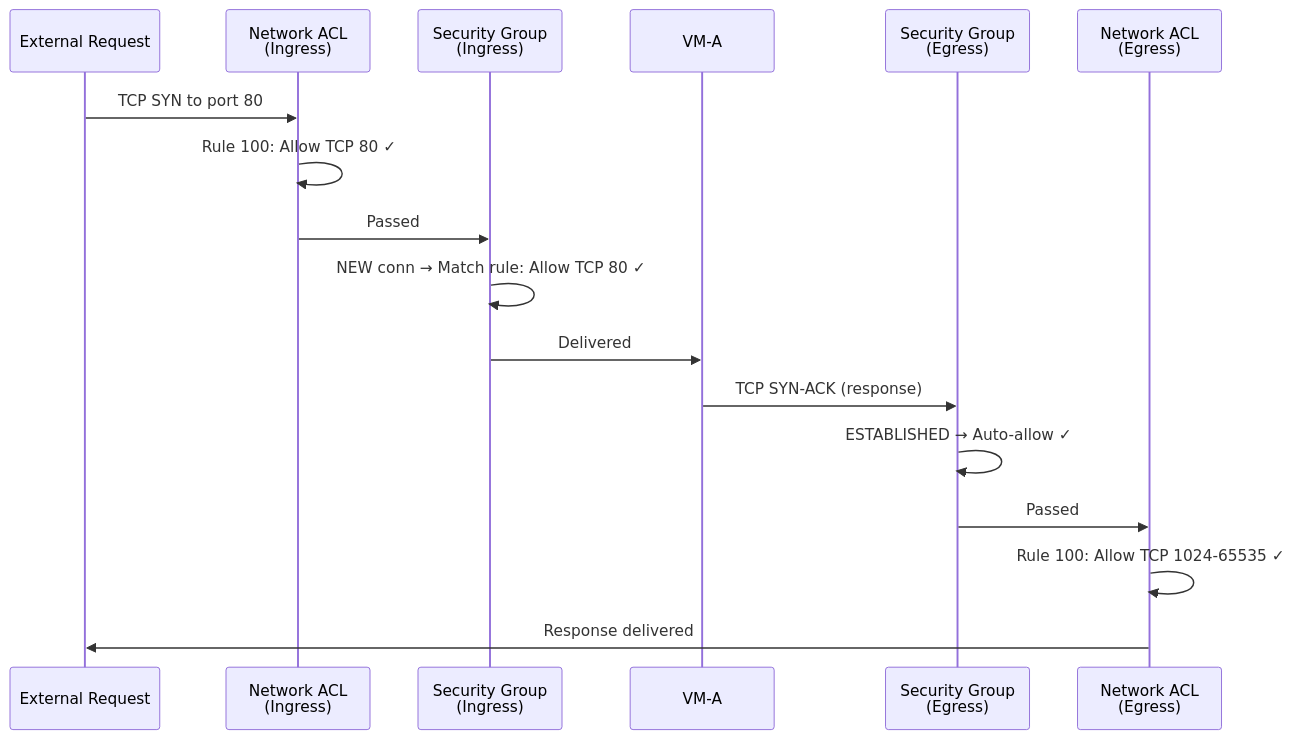
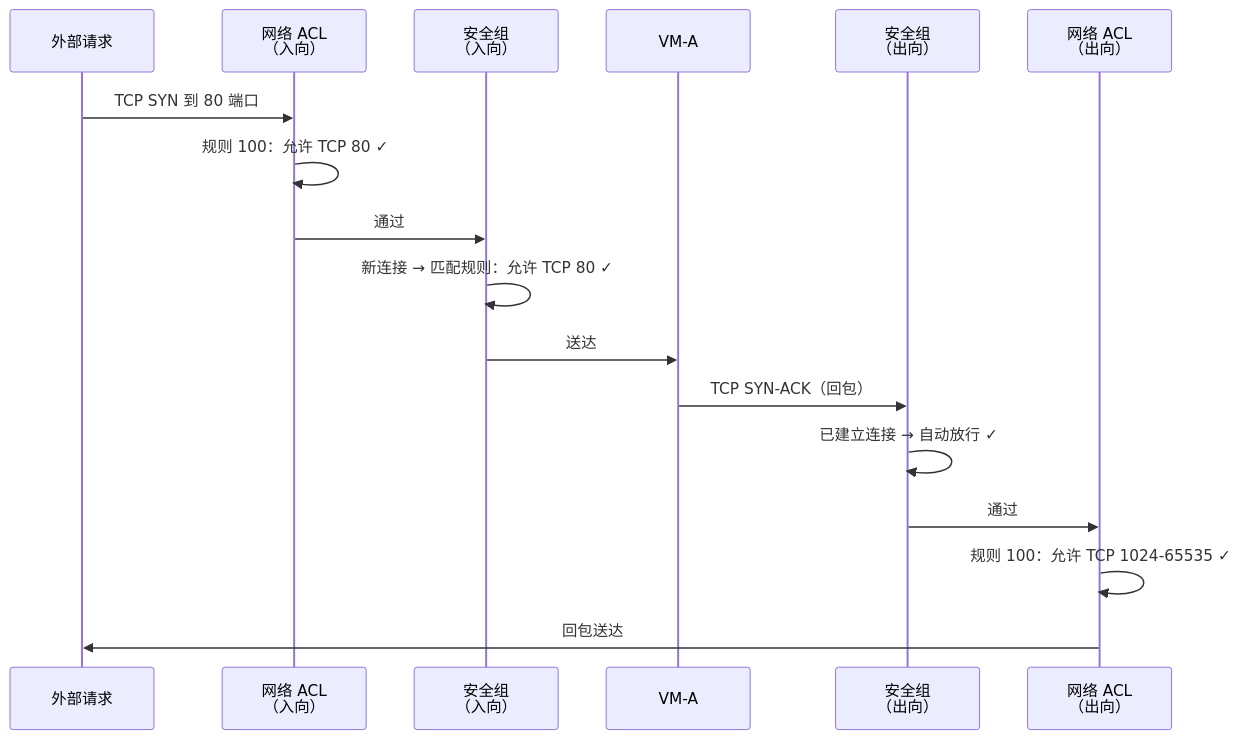
One commit to caozhiyi/network-book changed the fifth of 5 diagrams in docs/10.谁来守门安全组与网络ACL.md. Above: the diagram before and after it, drawn with Mermaid. The commit also changed other lines of this file and 77 other files, not shown here.

````diff
--- a/docs/10.谁来守门安全组与网络ACL.md
+++ b/docs/10.谁来守门安全组与网络ACL.md
@@ -248,21 +233,21 @@
 ```mermaid
 sequenceDiagram
-    participant EXT as External Request
-    participant NACL_IN as Network ACL<br/>(Ingress)
-    participant SG_IN as Security Group<br/>(Ingress)
+    participant EXT as 外部请求
+    participant NACL_IN as 网络 ACL<br/>（入向）
+    participant SG_IN as 安全组<br/>（入向）
     participant VM as VM-A
-    participant SG_OUT as Security Group<br/>(Egress)
-    participant NACL_OUT as Network ACL<br/>(Egress)
+    participant SG_OUT as 安全组<br/>（出向）
+    participant NACL_OUT as 网络 ACL<br/>（出向）
 
-    EXT->>NACL_IN: TCP SYN to port 80
-    NACL_IN->>NACL_IN: Rule 100: Allow TCP 80 ✓
-    NACL_IN->>SG_IN: Passed
-    SG_IN->>SG_IN: NEW conn → Match rule: Allow TCP 80 ✓
-    SG_IN->>VM: Delivered
+    EXT->>NACL_IN: TCP SYN 到 80 端口
+    NACL_IN->>NACL_IN: 规则 100：允许 TCP 80 ✓
+    NACL_IN->>SG_IN: 通过
+    SG_IN->>SG_IN: 新连接 → 匹配规则：允许 TCP 80 ✓
+    SG_IN->>VM: 送达
 
-    VM->>SG_OUT: TCP SYN-ACK (response)
-    SG_OUT->>SG_OUT: ESTABLISHED → Auto-allow ✓
-    SG_OUT->>NACL_OUT: Passed
-    NACL_OUT->>NACL_OUT: Rule 100: Allow TCP 1024-65535 ✓
-    NACL_OUT->>EXT: Response delivered
+    VM->>SG_OUT: TCP SYN-ACK（回包）
+    SG_OUT->>SG_OUT: 已建立连接 → 自动放行 ✓
+    SG_OUT->>NACL_OUT: 通过
+    NACL_OUT->>NACL_OUT: 规则 100：允许 TCP 1024-65535 ✓
+    NACL_OUT->>EXT: 回包送达
 ```
````
